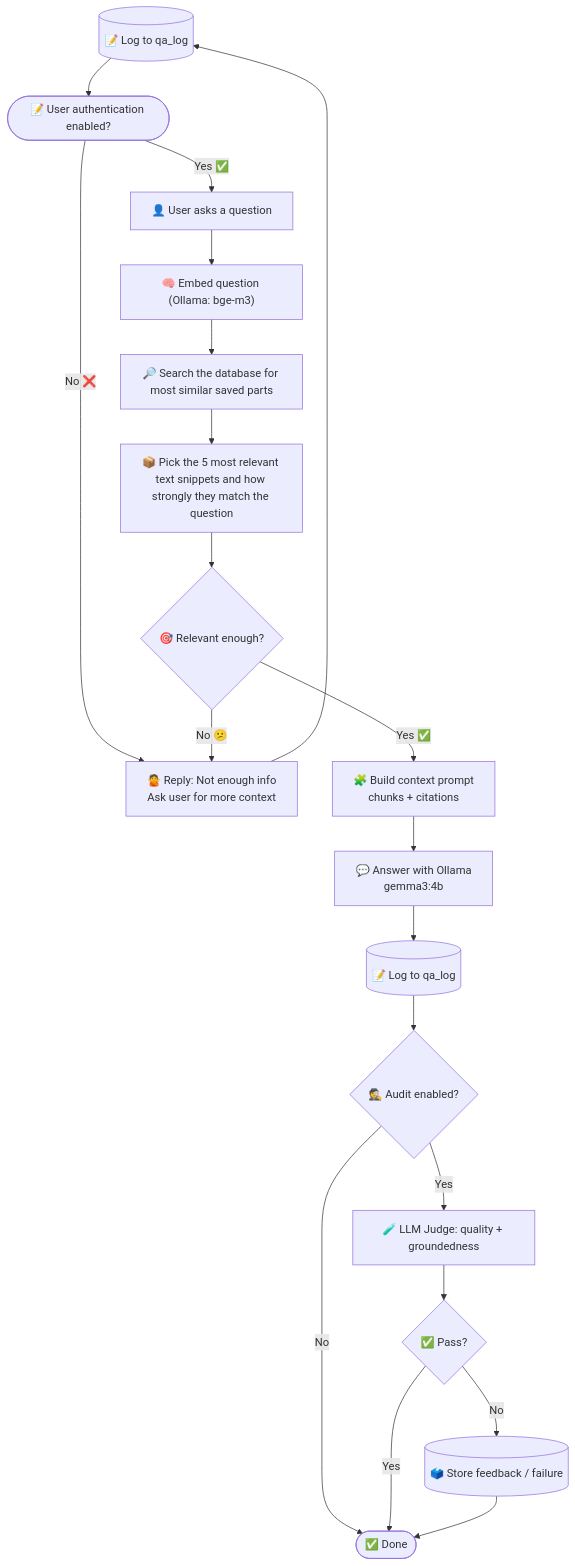
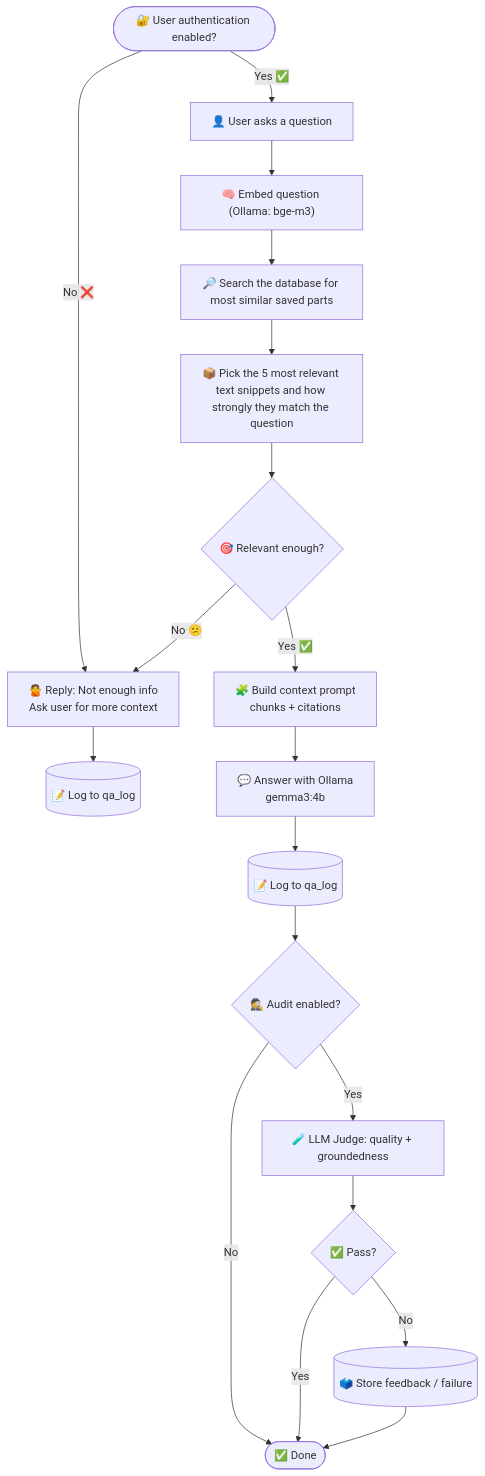
Before and after one commit to LauraAva/rag-ollama-set-up: the second of 3 diagrams in docs/PROCESS_VISUALIZATION_TRIAL.md, drawn with Mermaid.

````diff
--- a/docs/PROCESS_VISUALIZATION_TRIAL.md
+++ b/docs/PROCESS_VISUALIZATION_TRIAL.md
@@ -28,34 +28,34 @@
 ```mermaid
 flowchart TD
 
-  L1 --> UA([📝 User authentication enabled?])
+  UA(["🔐 User authentication enabled?"])
   UA -- "No ❌" --> N["❌ Access denied"]
 
   UA -- "Yes ✅" --> U["👤 User asks a question"]
   U --> Q["🧠 Embed question (Ollama: bge-m3)"]
 
   Q --> S[🔎 Search the database for most similar saved parts]
   S --> R[📦 Pick the 5 most relevant text snippets and how strongly they match the question]
 
   R --> G{🎯 Relevant enough?}
 
   G -- "No 😕" --> N[🙅 Reply: Not enough info<br/>Ask user for more context]
   N --> L1[(📝 Log to qa_log)]
   classDef animate stroke-dasharray: 9,5,stroke-dashoffset: 900,animation: dash 25s linear infinite;
   class e1 animate
 
   G -- "Yes ✅" --> C[🧩 Build context prompt<br/>chunks + citations]
   C --> A[💬 Answer with Ollama<br/>gemma3:4b]
   A --> L2[(📝 Log to qa_log)]
 
   L2 --> AU{🕵️ Audit enabled?}
   AU -- "No" --> DONE([✅ Done])
 
   AU -- "Yes" --> J[🧪 LLM Judge: quality + groundedness]
   J --> V{✅ Pass?}
 
   V -- "Yes" --> DONE
   V -- "No" --> F[(🗳️ Store feedback / failure)]
   F --> DONE
 
 ```
````
